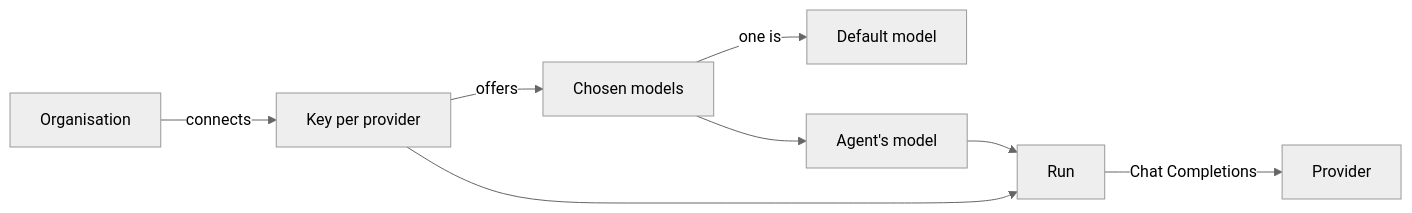
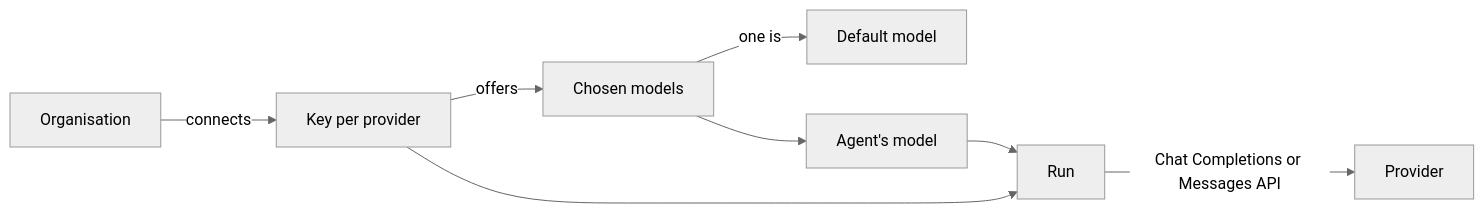
One commit to CigaleAI/guilds changed the diagram in docs/concepts/model-keys.md. Above: the diagram before and after it, drawn with Mermaid (neutral theme). The commit also changed other lines of this file and 24 other files, not shown here.

````diff
--- a/docs/concepts/model-keys.md
+++ b/docs/concepts/model-keys.md
@@ -30,10 +30,10 @@
 ```mermaid
 flowchart LR
   org[Organisation] -->|connects| key[Key per provider]
   key -->|offers| chosen[Chosen models]
   chosen -->|one is| def[Default model]
   chosen --> agent[Agent's model]
   agent --> run[Run]
   key --> run
-  run -->|Chat Completions| provider[Provider]
+  run -->|Chat Completions or Messages API| provider[Provider]
 ```
````
